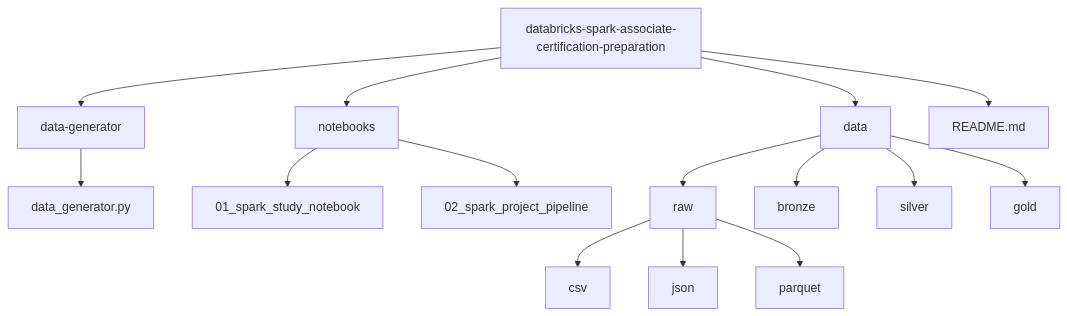
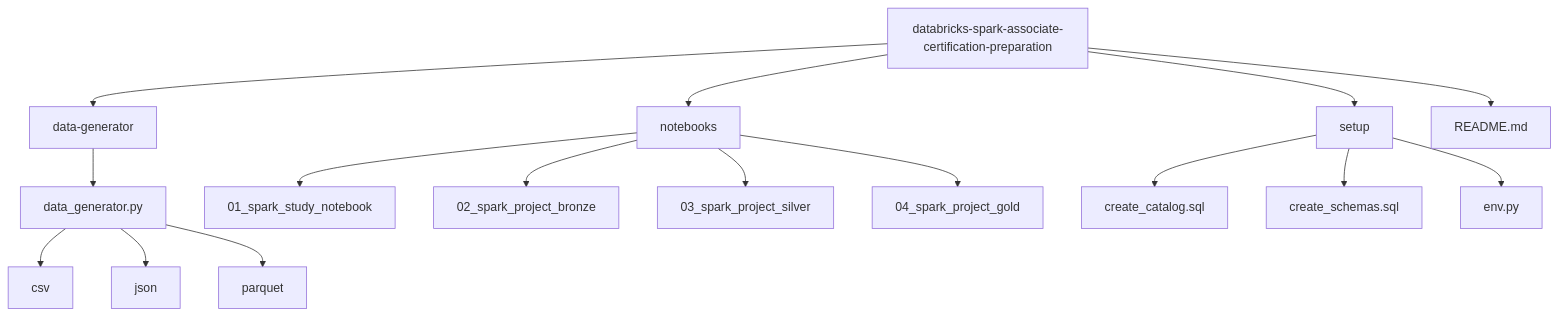
One commit to GabrielGalani/databricks-spark-associate-certification-prep changed the third of 3 diagrams in README.md. Above: the diagram before and after it, drawn with Mermaid. The commit also changed other lines of this file, not shown here.

````diff
--- a/README.md
+++ b/README.md
@@ -83,24 +148,25 @@
-```mermaid
+``` mermaid
 flowchart TD
 
 A[databricks-spark-associate-certification-preparation]
 
 A --> B[data-generator]
 A --> C[notebooks]
-A --> D[data]
+A --> D[setup]
 A --> E[README.md]
 
 B --> B1[data_generator.py]
 
 C --> C1[01_spark_study_notebook]
-C --> C2[02_spark_project_pipeline]
+C --> C2[02_spark_project_bronze]
+C --> C3[03_spark_project_silver]
+C --> C4[04_spark_project_gold]
 
-D --> D1[raw]
-D --> D2[bronze]
-D --> D3[silver]
-D --> D4[gold]
+D --> D1[create_catalog.sql]
+D --> D2[create_schemas.sql]
+D --> D3[env.py]
 
-D1 --> D11[csv]
-D1 --> D12[json]
-D1 --> D13[parquet]
+B1 --> B11[csv]
+B1 --> B12[json]
+B1 --> B13[parquet]
 ```
````
